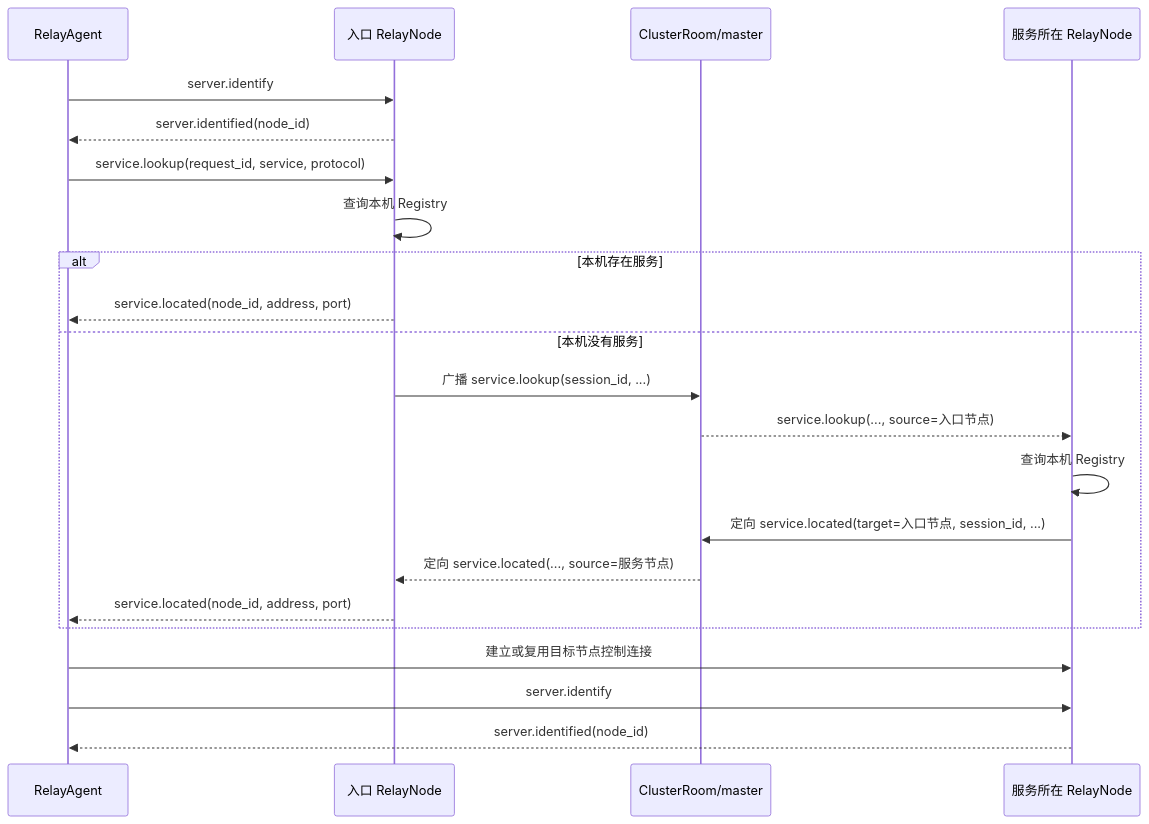
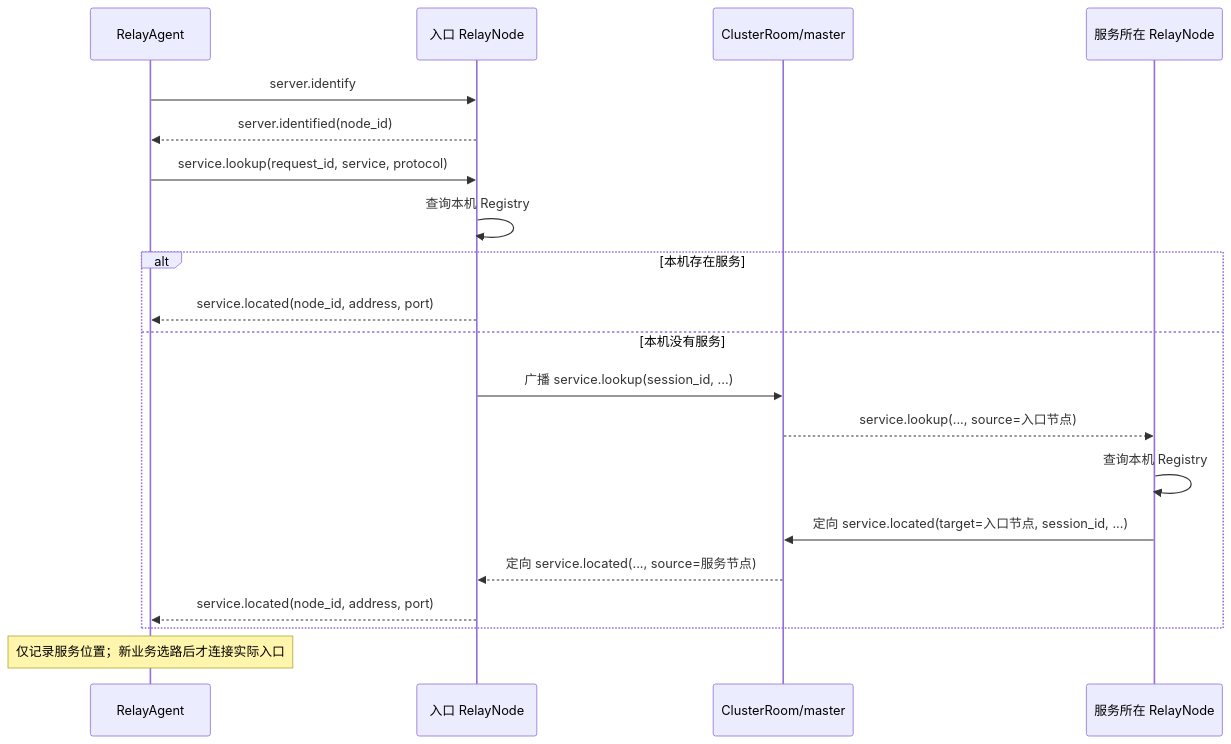
The seventh of 12 diagrams in docs/RelayWeave设计.md (Xtinc/relayweave), drawn with Mermaid before and after one commit. The commit also changed other lines of this file and 85 other files, not shown here.

````diff
--- a/docs/RelayWeave设计.md
+++ b/docs/RelayWeave设计.md
@@ -732,25 +815,23 @@
 ```mermaid
 sequenceDiagram
     participant C as RelayAgent
     participant O as 入口 RelayNode
     participant M as ClusterRoom/master
     participant P as 服务所在 RelayNode
 
     C->>O: server.identify
     O-->>C: server.identified(node_id)
     C->>O: service.lookup(request_id, service, protocol)
     O->>O: 查询本机 Registry
     alt 本机存在服务
         O-->>C: service.located(node_id, address, port)
     else 本机没有服务
         O->>M: 广播 service.lookup(session_id, ...)
         M-->>P: service.lookup(..., source=入口节点)
         P->>P: 查询本机 Registry
         P->>M: 定向 service.located(target=入口节点, session_id, ...)
         M-->>O: 定向 service.located(..., source=服务节点)
         O-->>C: service.located(node_id, address, port)
     end
-    C->>P: 建立或复用目标节点控制连接
-    C->>P: server.identify
-    P-->>C: server.identified(node_id)
+    Note over C: 仅记录服务位置；新业务选路后才连接实际入口
 ```
````
